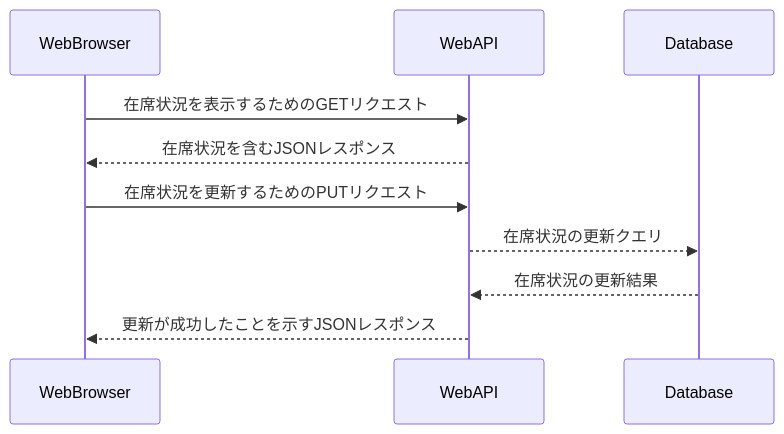
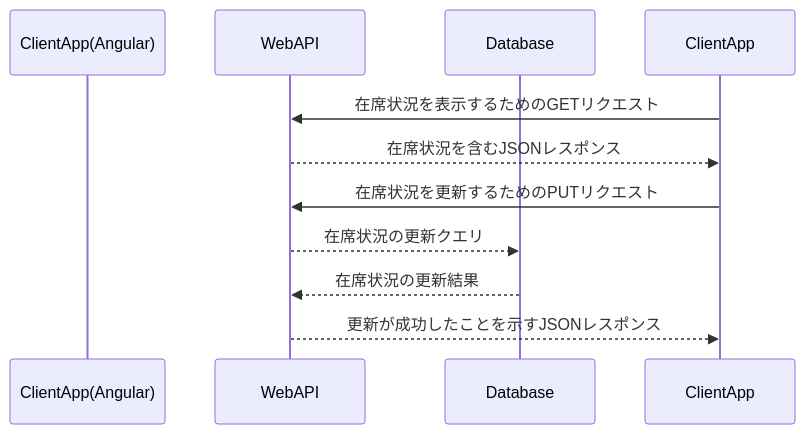
Before and after one commit to hidekazunasu/attendance-management: the third of 5 diagrams in README.md, drawn with Mermaid. The commit also changed other lines of this file, not shown here.

Commit message:
fix sequenceDiagram in README.md

````diff
--- a/README.md
+++ b/README.md
@@ -32,15 +32,16 @@
 ```mermaid
 sequenceDiagram
-    participant WebBrowser
+    participant ClientApp(Angular)
     participant WebAPI
     participant Database
 
-    WebBrowser->>WebAPI: 在席状況を表示するためのGETリクエスト
-    WebAPI-->>WebBrowser: 在席状況を含むJSONレスポンス
+    ClientApp->>WebAPI: 在席状況を表示するためのGETリクエスト
+    WebAPI-->>ClientApp: 在席状況を含むJSONレスポンス
 
-    WebBrowser->>WebAPI: 在席状況を更新するためのPUTリクエスト
+    ClientApp->>WebAPI: 在席状況を更新するためのPUTリクエスト
     WebAPI-->>Database: 在席状況の更新クエリ
     Database-->>WebAPI: 在席状況の更新結果
-    WebAPI-->>WebBrowser: 更新が成功したことを示すJSONレスポンス
+    WebAPI-->>ClientApp: 更新が成功したことを示すJSONレスポンス
+
 
 ```
````
